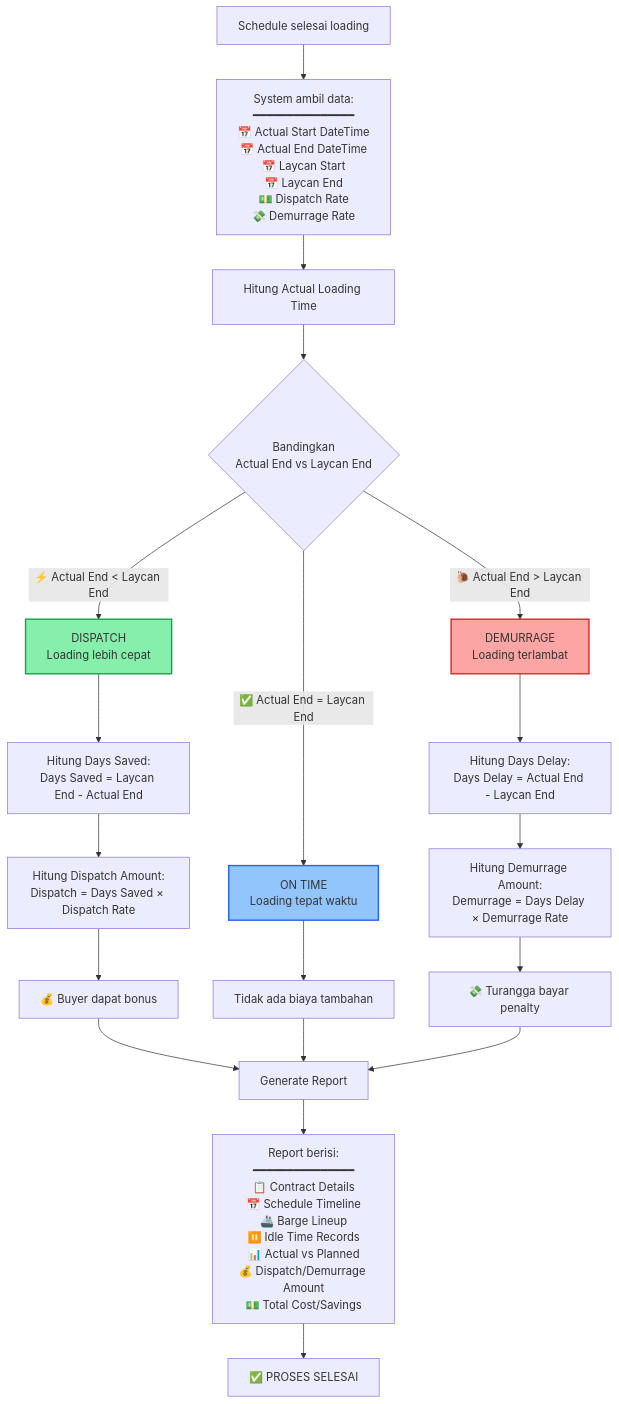
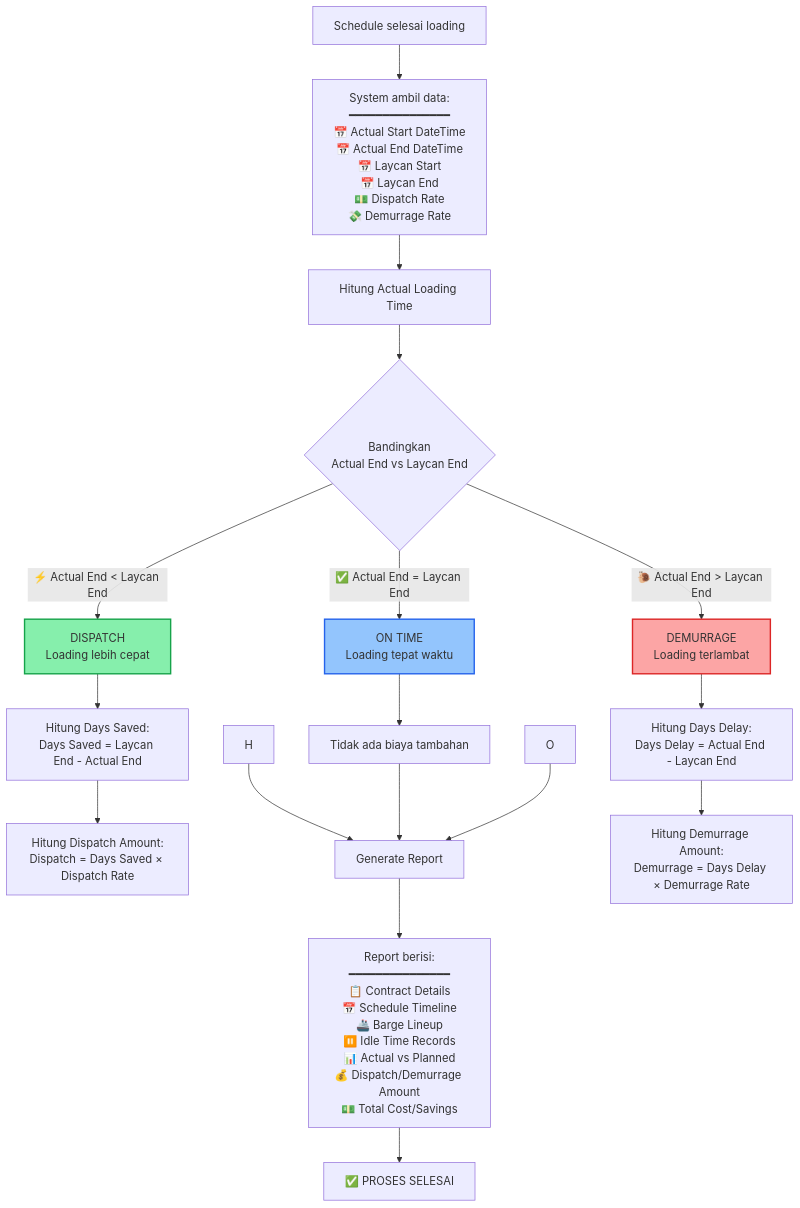
One commit to steveger31/flf-draft-flow changed the eighth of 10 diagrams in system-architecture-flowchart.md. Above: the diagram before and after it, drawn with Mermaid. The commit also changed other lines of this file, not shown here.

````diff
--- a/system-architecture-flowchart.md
+++ b/system-architecture-flowchart.md
@@ -248,31 +248,31 @@
 ```mermaid
 flowchart TD
     A[Schedule selesai loading] --> B[System ambil data:<br/>━━━━━━━━━━━━━━━<br/>📅 Actual Start DateTime<br/>📅 Actual End DateTime<br/>📅 Laycan Start<br/>📅 Laycan End<br/>💵 Dispatch Rate<br/>💸 Demurrage Rate]
     
     B --> C[Hitung Actual Loading Time]
     C --> D{Bandingkan<br/>Actual End vs Laycan End}
     
     D -->|⚡ Actual End < Laycan End| E[DISPATCH<br/>Loading lebih cepat]
     E --> F[Hitung Days Saved:<br/>Days Saved = Laycan End - Actual End]
     F --> G[Hitung Dispatch Amount:<br/>Dispatch = Days Saved × Dispatch Rate]
-    G --> H[💰 Buyer dapat bonus]
+    
     H --> M
     
     D -->|✅ Actual End = Laycan End| I[ON TIME<br/>Loading tepat waktu]
     I --> J[Tidak ada biaya tambahan]
     J --> M
     
     D -->|🐌 Actual End > Laycan End| K[DEMURRAGE<br/>Loading terlambat]
     K --> L[Hitung Days Delay:<br/>Days Delay = Actual End - Laycan End]
     L --> N[Hitung Demurrage Amount:<br/>Demurrage = Days Delay × Demurrage Rate]
-    N --> O[💸 Turangga bayar penalty]
+    
     O --> M
     
     M[Generate Report]
     M --> P[Report berisi:<br/>━━━━━━━━━━━━━━━<br/>📋 Contract Details<br/>📅 Schedule Timeline<br/>🚢 Barge Lineup<br/>⏸️ Idle Time Records<br/>📊 Actual vs Planned<br/>💰 Dispatch/Demurrage Amount<br/>💵 Total Cost/Savings]
     P --> Q[✅ PROSES SELESAI]
     
     style E fill:#86efac,stroke:#16a34a,stroke-width:2px
     style K fill:#fca5a5,stroke:#dc2626,stroke-width:2px
     style I fill:#93c5fd,stroke:#2563eb,stroke-width:2px
 ```
````
